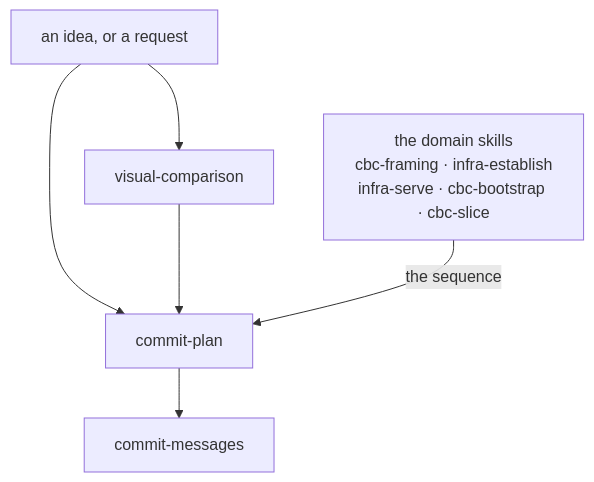
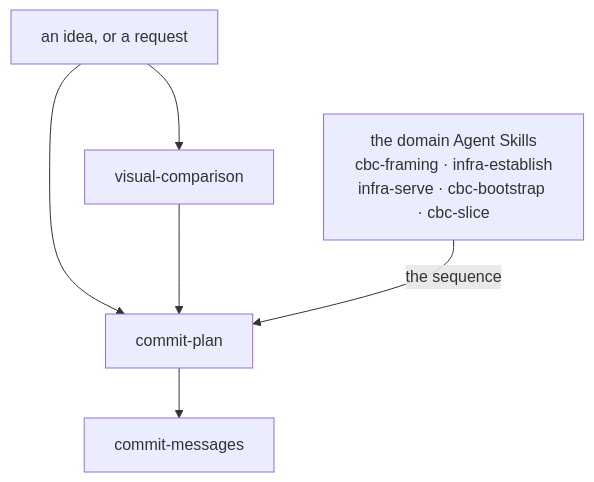
The diagram in docs/conventions/README.md (edgaras87/correctness-by-construction), drawn with Mermaid before and after one commit. The commit also changed other lines of this file and 1 other file, not shown here.

````diff
--- a/docs/conventions/README.md
+++ b/docs/conventions/README.md
@@ -16,14 +17,14 @@
 ```mermaid
 flowchart TB
     idea["an idea, or a request"]
     vc["visual-comparison"]
     cp["commit-plan"]
     cm["commit-messages"]
-    dom["the domain skills<br/>cbc-framing · infra-establish<br/>infra-serve · cbc-bootstrap · cbc-slice"]
+    dom["the domain Agent Skills<br/>cbc-framing · infra-establish<br/>infra-serve · cbc-bootstrap · cbc-slice"]
 
     idea --> vc
     idea --> cp
     vc --> cp
     dom -- "the sequence" --> cp
     cp --> cm
 ```
````
